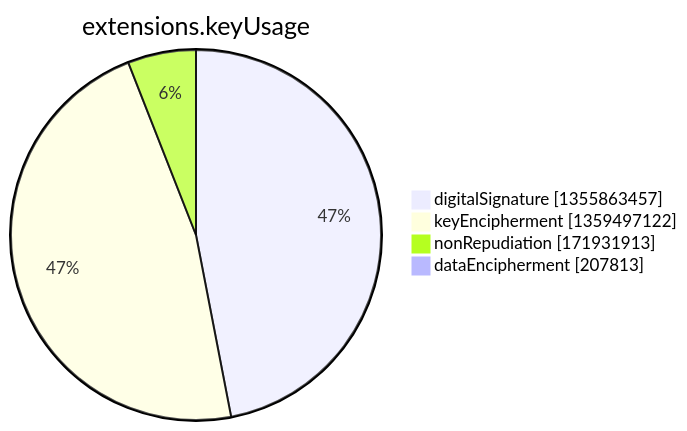
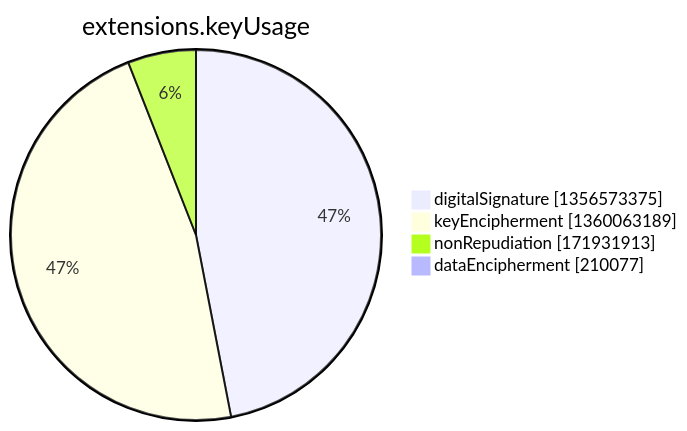
One commit to christiankrug/ctmonitor_visualization changed the seventh of 15 diagrams in argon2022/README.md. Above: the diagram before and after it, drawn with Mermaid. The commit also changed other lines of this file, not shown here.

````diff
--- a/argon2022/README.md
+++ b/argon2022/README.md
@@ -2750,8 +2750,8 @@
 ```mermaid
 pie showData
 title extensions.keyUsage
-"digitalSignature" :1355863457
-"keyEncipherment" :1359497122
+"digitalSignature" :1356573375
+"keyEncipherment" :1360063189
 "nonRepudiation" :171931913
-"dataEncipherment" :207813
+"dataEncipherment" :210077
 ```
````
